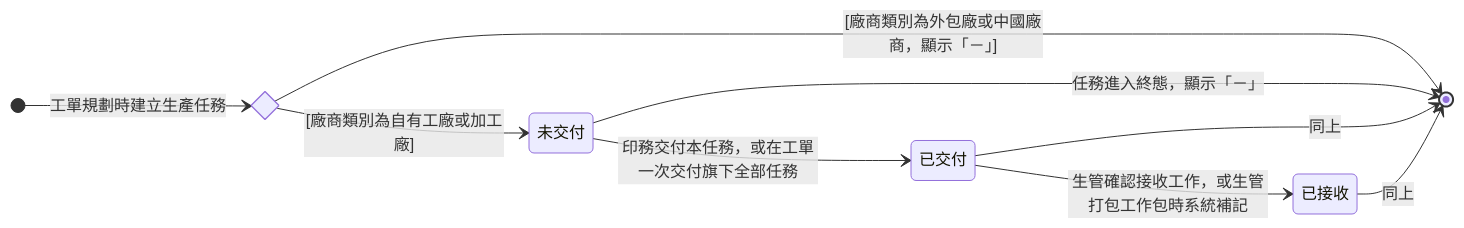
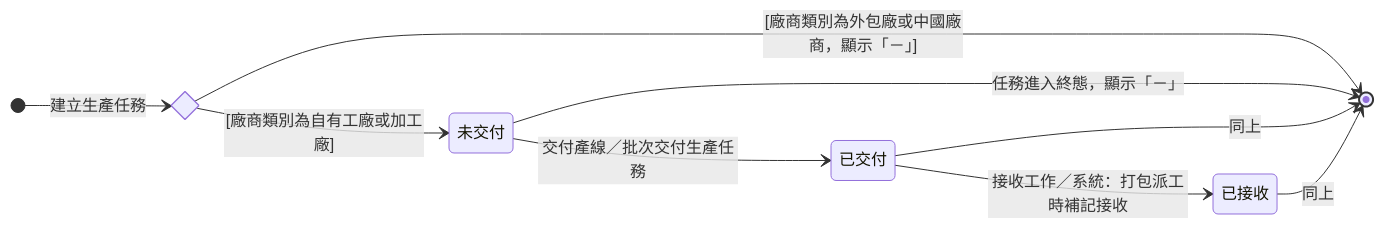
The diagram in memory/Sens_wiki/wiki/erp/06-state-machines/生產任務交付狀態.md (Kawato-Miles/erp-spec), drawn with Mermaid before and after one commit. The commit also changed other lines of this file and 19 other files, not shown here.

````diff
--- a/memory/Sens_wiki/wiki/erp/06-state-machines/生產任務交付狀態.md
+++ b/memory/Sens_wiki/wiki/erp/06-state-machines/生產任務交付狀態.md
@@ -52,20 +53,20 @@
 ```mermaid
 stateDiagram-v2
     direction LR
 
     state c_init <<choice>>
-    [*] --> c_init : 工單規劃時建立生產任務
+    [*] --> c_init : 建立生產任務
 
     state "未交付" as d_none
     state "已交付" as d_delivered
     state "已接收" as d_received
 
     c_init --> d_none : [廠商類別為自有工廠或加工廠]
     c_init --> [*] : [廠商類別為外包廠或中國廠商，顯示「－」]
-    d_none --> d_delivered : 印務交付本任務，或在工單一次交付旗下全部任務
-    d_delivered --> d_received : 生管確認接收工作，或生管打包工作包時系統補記
+    d_none --> d_delivered : 交付產線／批次交付生產任務
+    d_delivered --> d_received : 接收工作／系統：打包派工時補記接收
 
     d_none --> [*] : 任務進入終態，顯示「－」
     d_delivered --> [*] : 同上
     d_received --> [*] : 同上
 ```
````
